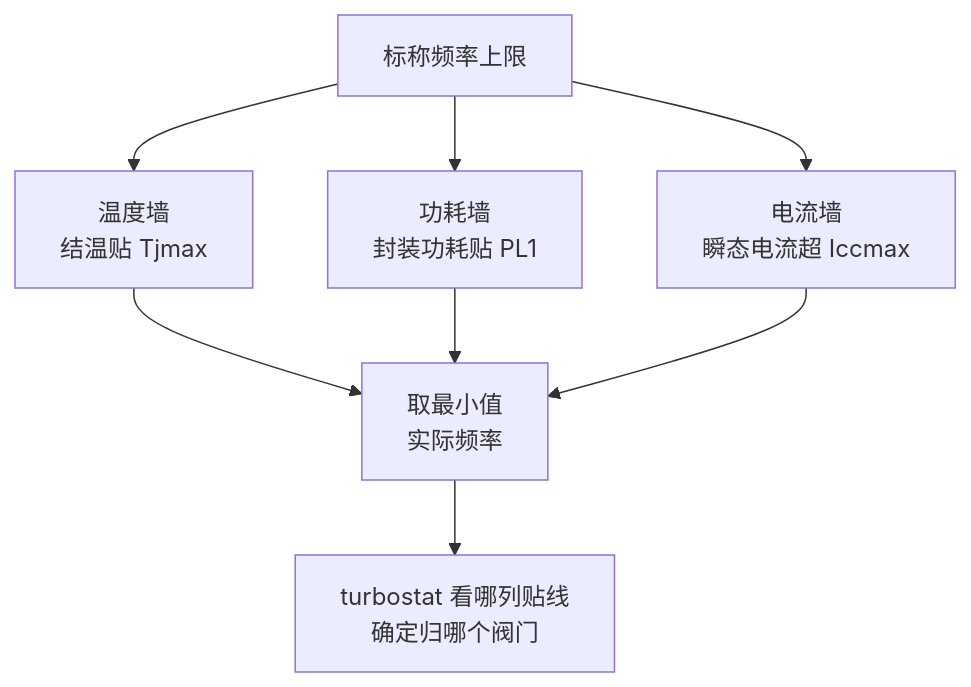
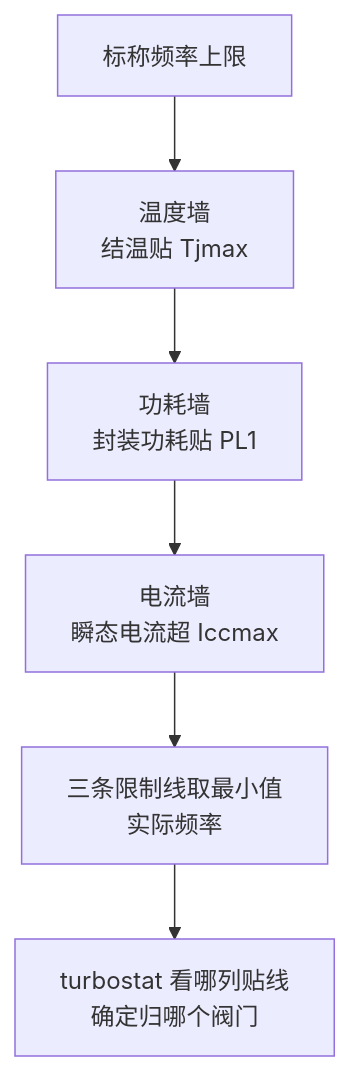
The first of 2 diagrams in vault/工程知识/性能工程：从用户等待到资源瓶颈/存储与网络/CPU降频的三个阀门：温度墙、功耗墙与电流墙.md (hub138/technical-knowledge), drawn with Mermaid before and after one commit. The commit also changed other lines of this file and 622 other files, not shown here.

````diff
--- a/vault/工程知识/性能工程：从用户等待到资源瓶颈/存储与网络/CPU降频的三个阀门：温度墙、功耗墙与电流墙.md
+++ b/vault/工程知识/性能工程：从用户等待到资源瓶颈/存储与网络/CPU降频的三个阀门：温度墙、功耗墙与电流墙.md
@@ -42,10 +60,8 @@
 ```mermaid
 flowchart TB
     a["标称频率上限"] --> b1["温度墙<br/>结温贴 Tjmax"]
-    a --> b2["功耗墙<br/>封装功耗贴 PL1"]
-    a --> b3["电流墙<br/>瞬态电流超 Iccmax"]
-    b1 --> c["取最小值<br/>实际频率"]
-    b2 --> c
-    b3 --> c
+    b1 --> b2["功耗墙<br/>封装功耗贴 PL1"]
+    b2 --> b3["电流墙<br/>瞬态电流超 Iccmax"]
+    b3 --> c["三条限制线取最小值<br/>实际频率"]
     c --> d["turbostat 看哪列贴线<br/>确定归哪个阀门"]
 ```
````
